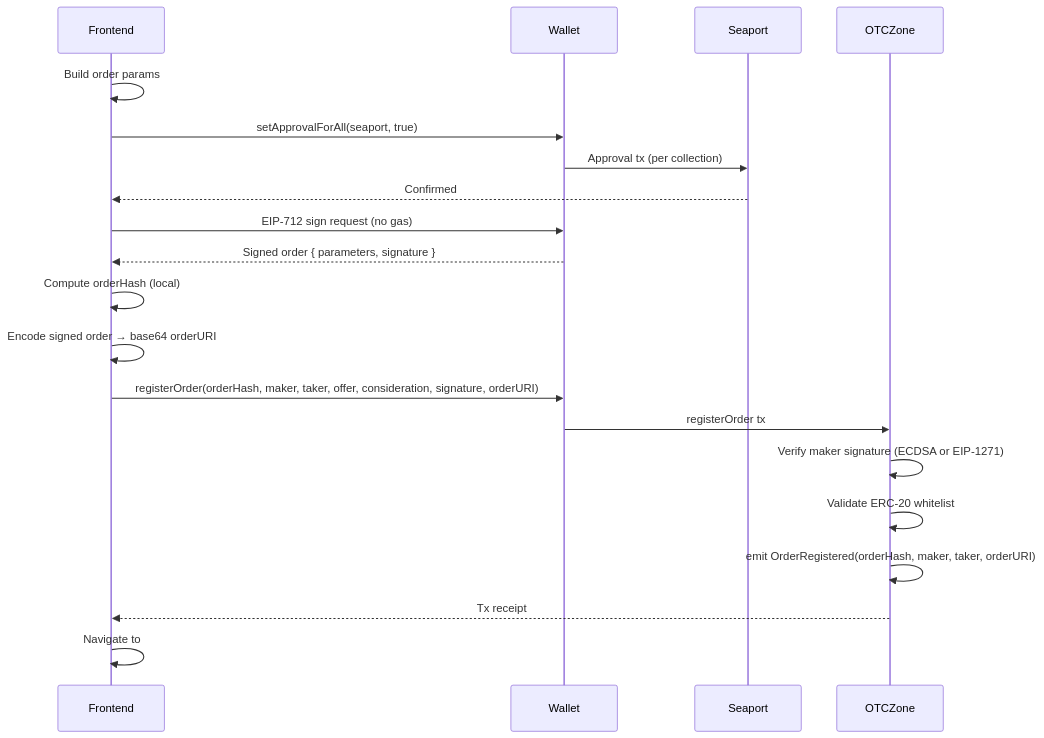
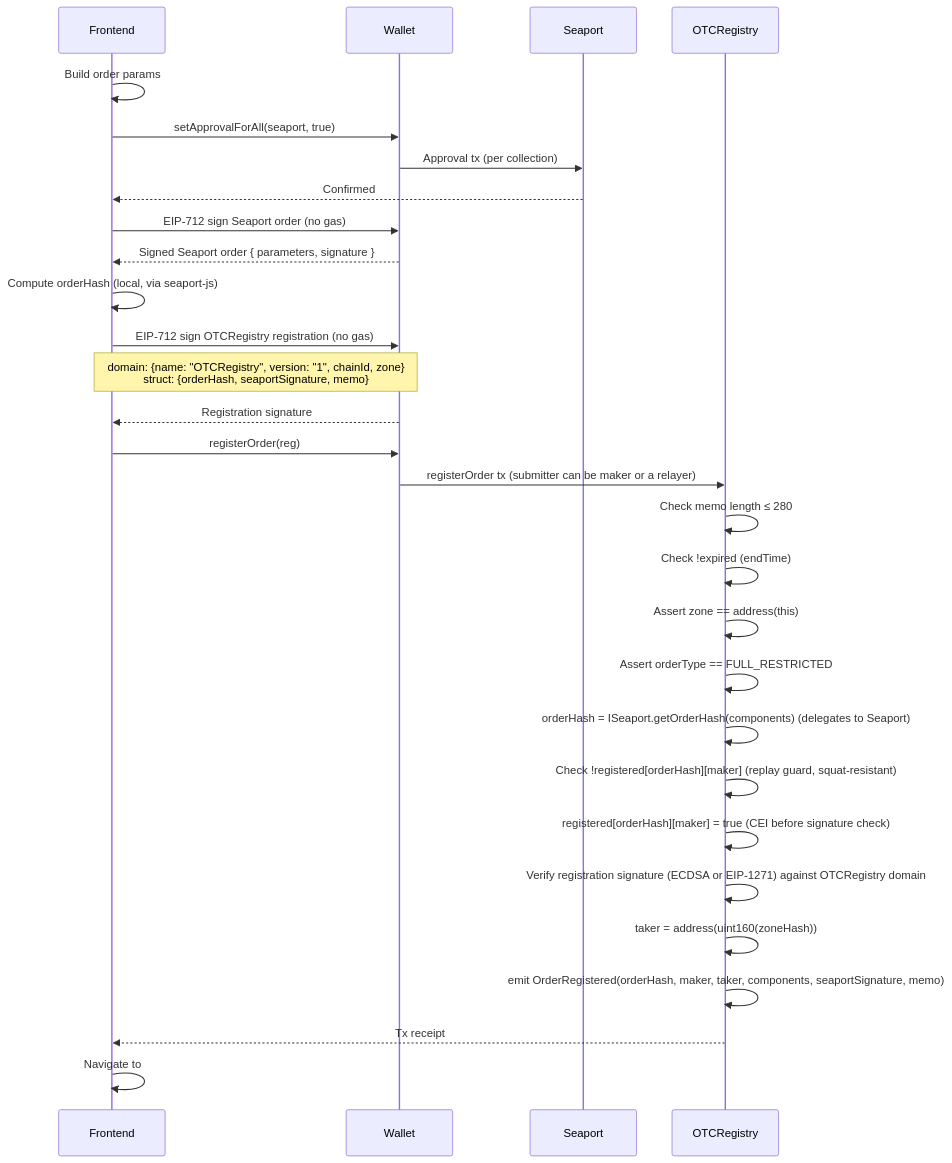
Before and after one commit to shukudaidayo/ocarina-trade: the first of 5 diagrams in docs/flows.md, drawn with Mermaid. The commit also changed other lines of this file and 13 other files, not shown here.

First line of the commit message:
Migrate OTCZone → OTCRegistry with full audit-round fixes

````diff
--- a/docs/flows.md
+++ b/docs/flows.md
@@ -5,28 +5,38 @@
 ```mermaid
 sequenceDiagram
     participant F as Frontend
     participant W as Wallet
     participant S as Seaport
-    participant Z as OTCZone
+    participant Z as OTCRegistry
 
     F->>F: Build order params
 
     F->>W: setApprovalForAll(seaport, true)
     W->>S: Approval tx (per collection)
     S-->>F: Confirmed
 
-    F->>W: EIP-712 sign request (no gas)
-    W-->>F: Signed order { parameters, signature }
+    F->>W: EIP-712 sign Seaport order (no gas)
+    W-->>F: Signed Seaport order { parameters, signature }
 
-    F->>F: Compute orderHash (local)
-    F->>F: Encode signed order → base64 orderURI
+    F->>F: Compute orderHash (local, via seaport-js)
 
-    F->>W: registerOrder(orderHash, maker, taker, offer, consideration, signature, orderURI)
-    W->>Z: registerOrder tx
-    Z->>Z: Verify maker signature (ECDSA or EIP-1271)
-    Z->>Z: Validate ERC-20 whitelist
-    Z->>Z: emit OrderRegistered(orderHash, maker, taker, orderURI)
+    F->>W: EIP-712 sign OTCRegistry registration (no gas)
+    Note over F,W: domain: {name: "OTCRegistry", version: "1", chainId, zone}<br/>struct: {orderHash, seaportSignature, memo}
+    W-->>F: Registration signature
+
+    F->>W: registerOrder(reg)
+    W->>Z: registerOrder tx (submitter can be maker or a relayer)
+    Z->>Z: Check memo length ≤ 280
+    Z->>Z: Check !expired (endTime)
+    Z->>Z: Assert zone == address(this)
+    Z->>Z: Assert orderType == FULL_RESTRICTED
+    Z->>Z: orderHash = ISeaport.getOrderHash(components) (delegates to Seaport)
+    Z->>Z: Check !registered[orderHash][maker] (replay guard, squat-resistant)
+    Z->>Z: registered[orderHash][maker] = true (CEI before signature check)
+    Z->>Z: Verify registration signature (ECDSA or EIP-1271) against OTCRegistry domain
+    Z->>Z: taker = address(uint160(zoneHash))
+    Z->>Z: emit OrderRegistered(orderHash, maker, taker, components, seaportSignature, memo)
     Z-->>F: Tx receipt
 
-    F->>F: Navigate to #/trade/{chainId}/{txHash}
+    F->>F: Navigate to #/offer/{chainId}/{txHash}
 ```
````
